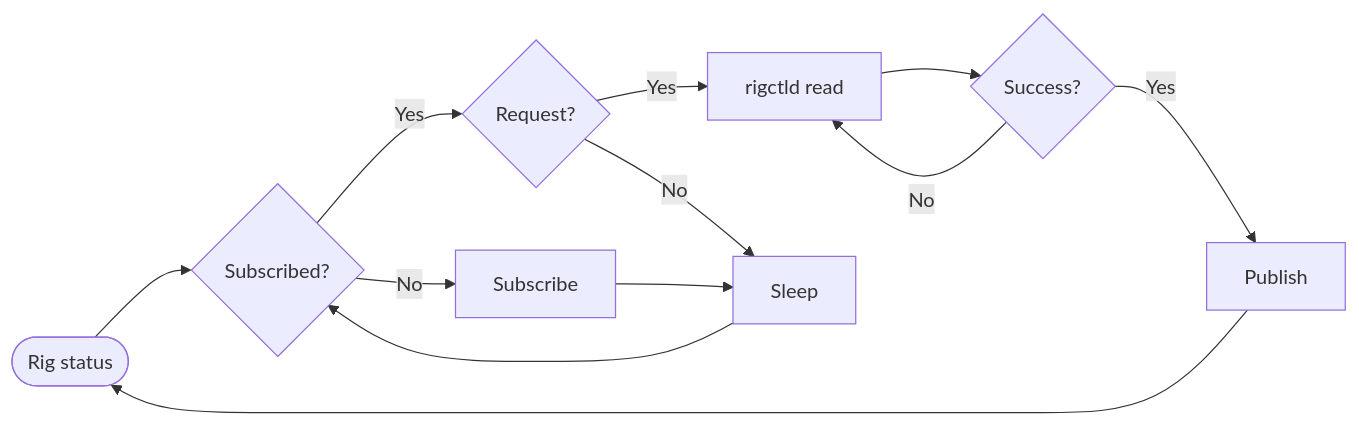
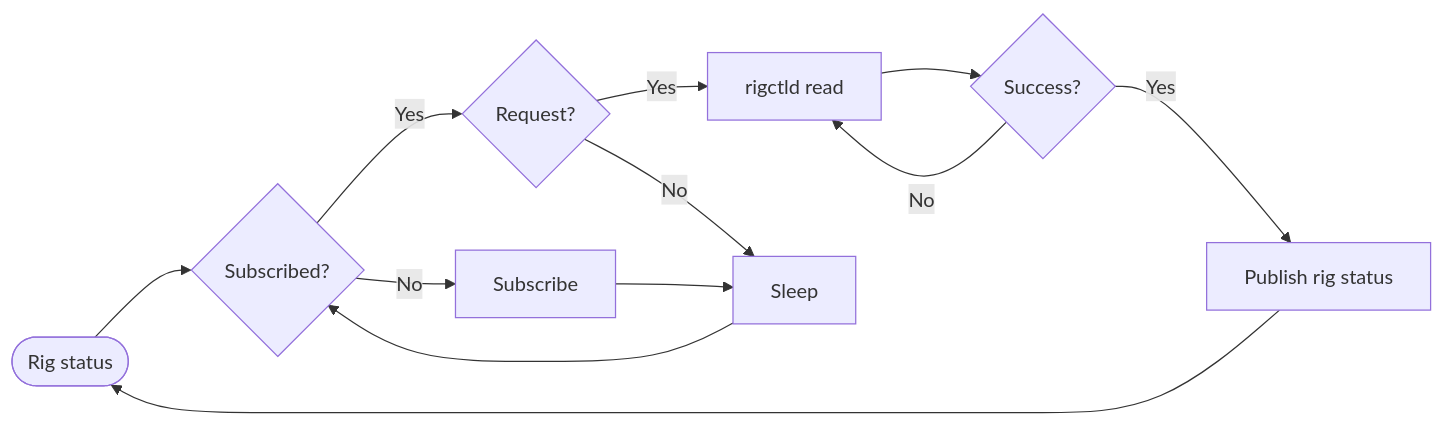
The second of 4 diagrams in doc/workflow.md (ckuhtz/ham), drawn with Mermaid before and after one commit. The commit also changed other lines of this file, not shown here.

````diff
--- a/doc/workflow.md
+++ b/doc/workflow.md
@@ -26,15 +32,15 @@
 ```mermaid
 flowchart LR;
     Start([Rig status]);
     Start --> Subscribed0{Subscribed?};
     Subscribed0 -->|Yes| Request0{Request?};
     Subscribed0 -->|No| Subscribed1[Subscribe];
     Subscribed1 --> Sleep0[Sleep];
     Request0 -->|Yes| Read0[rigctld read];
     Sleep0 --> Subscribed0;
     Request0 -->|No| Sleep0;
     Read0 --> Read1{Success?};
-    Read1 -->|Yes| Publish0[Publish];
+    Read1 -->|Yes| Publish0[Publish rig status];
     Read1 -->|No| Read0;
     Publish0 --> Start;    
 ```
````
